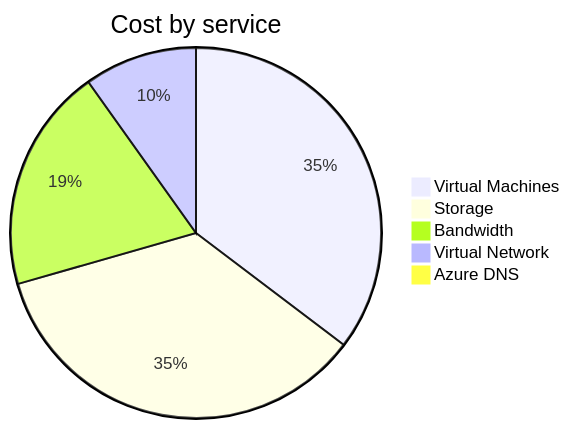
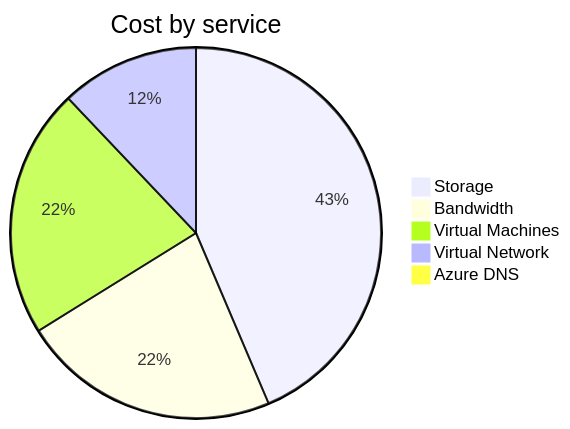
Before and after one commit to jpfulton/azure-personal-reports: the second of 4 diagrams in cost-reports/personal-network/README.md, drawn with Mermaid. The commit also changed other lines of this file and 8 other files, not shown here.

````diff
--- a/cost-reports/personal-network/README.md
+++ b/cost-reports/personal-network/README.md
@@ -99,9 +99,9 @@
 ```mermaid
 pie
    title Cost by service
-   "Virtual Machines" : 5.16
-   "Storage" : 5.15
-   "Bandwidth" : 2.86
-   "Virtual Network" : 1.44
-   "Azure DNS" : 0.10
+   "Storage" : 5.99
+   "Bandwidth" : 3.10
+   "Virtual Machines" : 2.99
+   "Virtual Network" : 1.66
+   "Azure DNS" : 0.11
 ```
````
